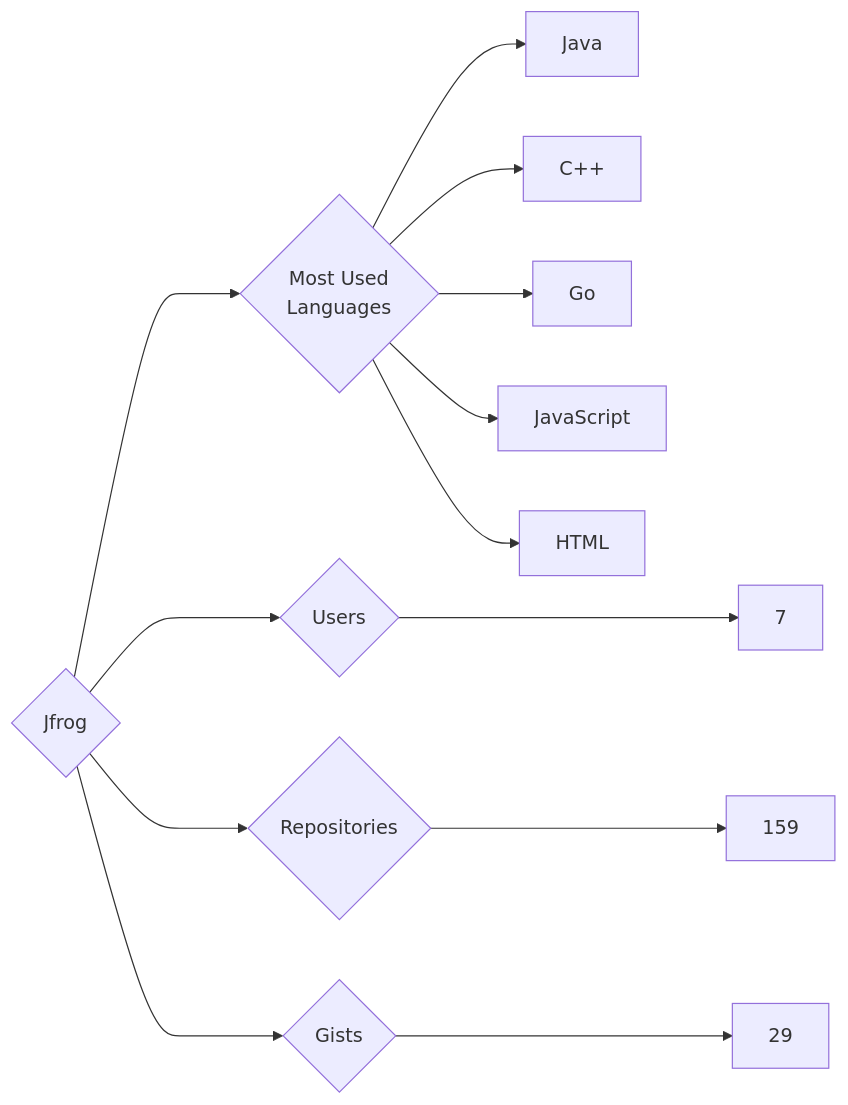
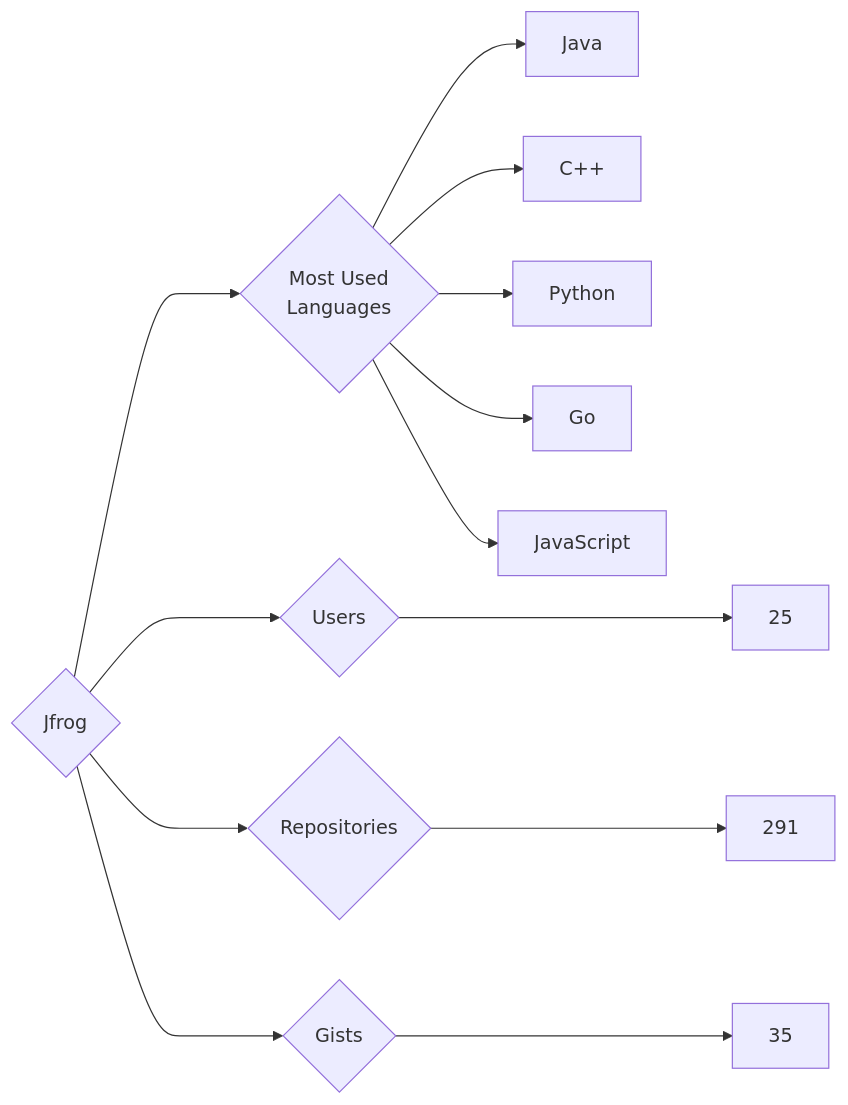
One commit to trickest/insiders changed the diagram in targets/Jfrog/README.md. Above: the diagram before and after it, drawn with Mermaid. The commit also changed 870 other files, not shown here.

````diff
--- a/targets/Jfrog/README.md
+++ b/targets/Jfrog/README.md
@@ -3,13 +3,13 @@
 ```mermaid
 graph LR
 COMPANY_NAME{Jfrog}
-COMPANY_NAME ---> U{Users} ---> UN[7]
-COMPANY_NAME ---> R{Repositories} ---> RN[159]
-COMPANY_NAME ---> G{Gists} ---> GN[29]
+COMPANY_NAME ---> U{Users} ---> UN[25]
+COMPANY_NAME ---> R{Repositories} ---> RN[291]
+COMPANY_NAME ---> G{Gists} ---> GN[35]
 COMPANY_NAME ---> ML{Most Used<br>Languages}
 ML --> Java[Java]
 ML --> C++[C++]
+ML --> Python[Python]
 ML --> Go[Go]
 ML --> JavaScript[JavaScript]
-ML --> HTML[HTML]
 ```
````
